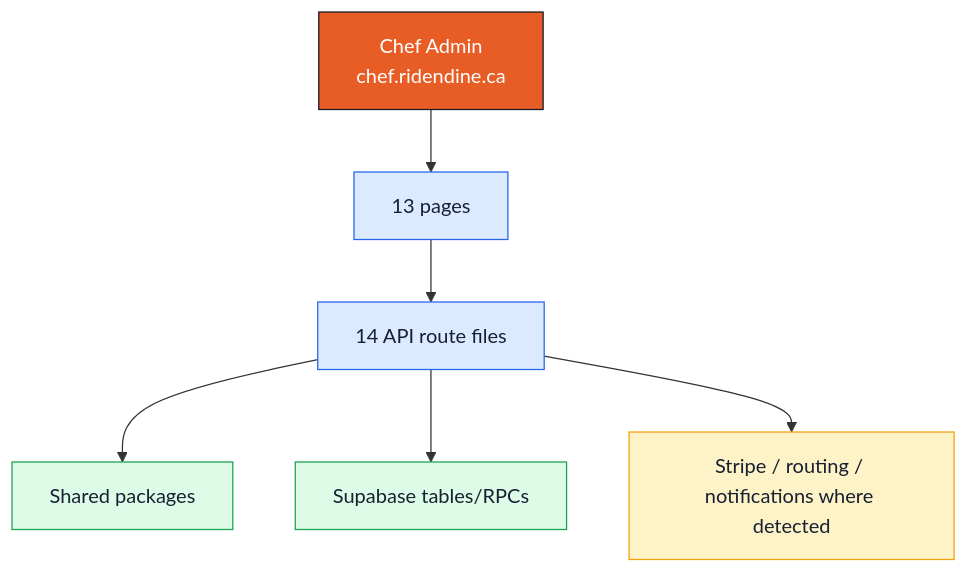
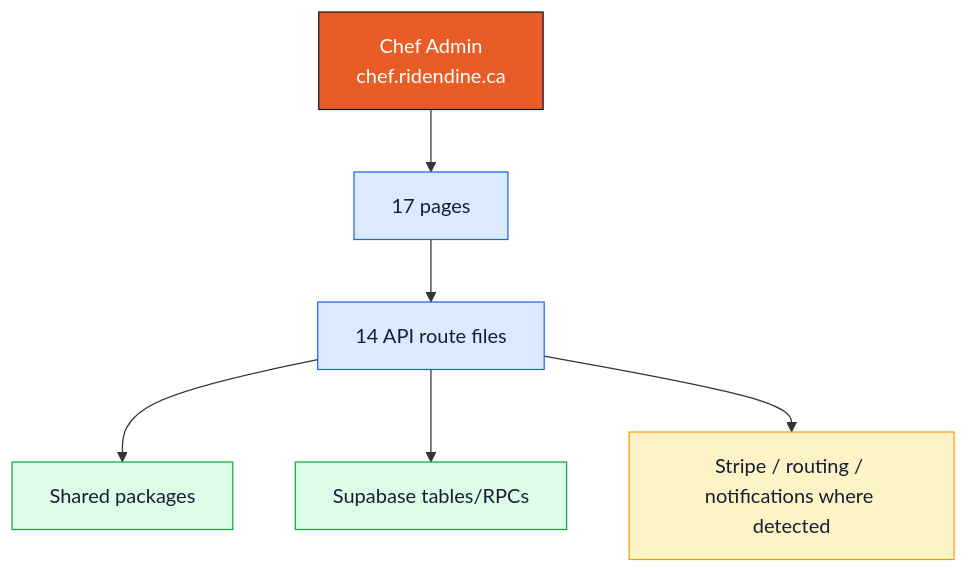
Before and after one commit to Ritenoob/ridendine-marketplace: the diagram in docs/architecture/codebase-map/apps/chef-admin.md, drawn with Mermaid. The commit also changed other lines of this file and 53 other files, not shown here.

````diff
--- a/docs/architecture/codebase-map/apps/chef-admin.md
+++ b/docs/architecture/codebase-map/apps/chef-admin.md
@@ -20,18 +20,18 @@
 ```mermaid
 flowchart TB
   classDef app fill:#e85d26,stroke:#111827,color:#ffffff
   classDef api fill:#dbeafe,stroke:#2563eb,color:#172033
   classDef data fill:#dcfce7,stroke:#16a34a,color:#172033
   classDef warn fill:#fef3c7,stroke:#f59e0b,color:#172033
   App["Chef Admin<br/>chef.ridendine.ca"]:::app
-  Pages["13 pages"]:::api
+  Pages["17 pages"]:::api
   APIs["14 API route files"]:::api
   Shared["Shared packages"]:::data
   DB["Supabase tables/RPCs"]:::data
   External["Stripe / routing / notifications where detected"]:::warn
   App --> Pages
   Pages --> APIs
   APIs --> Shared
   APIs --> DB
   APIs --> External
 ```
````
